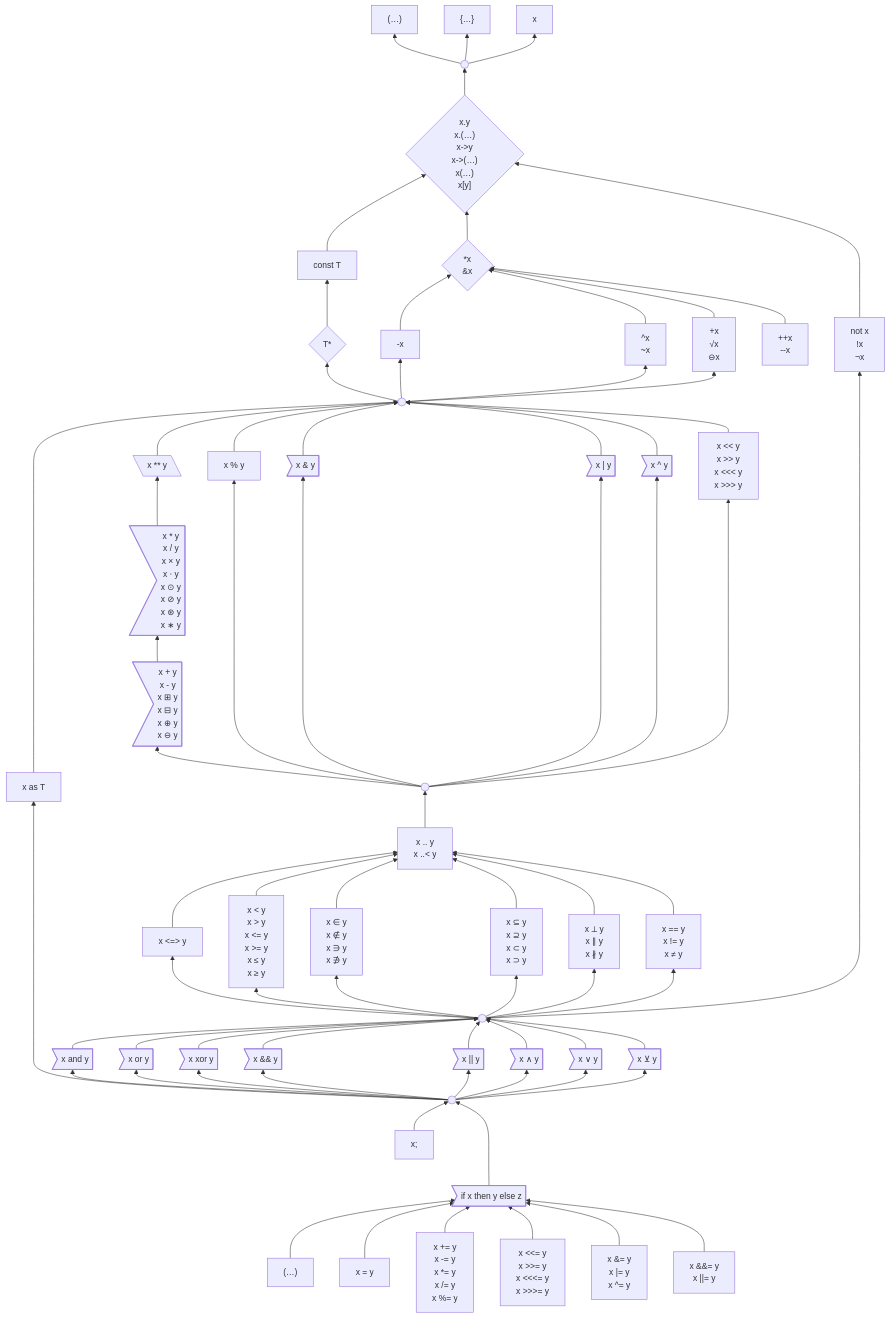
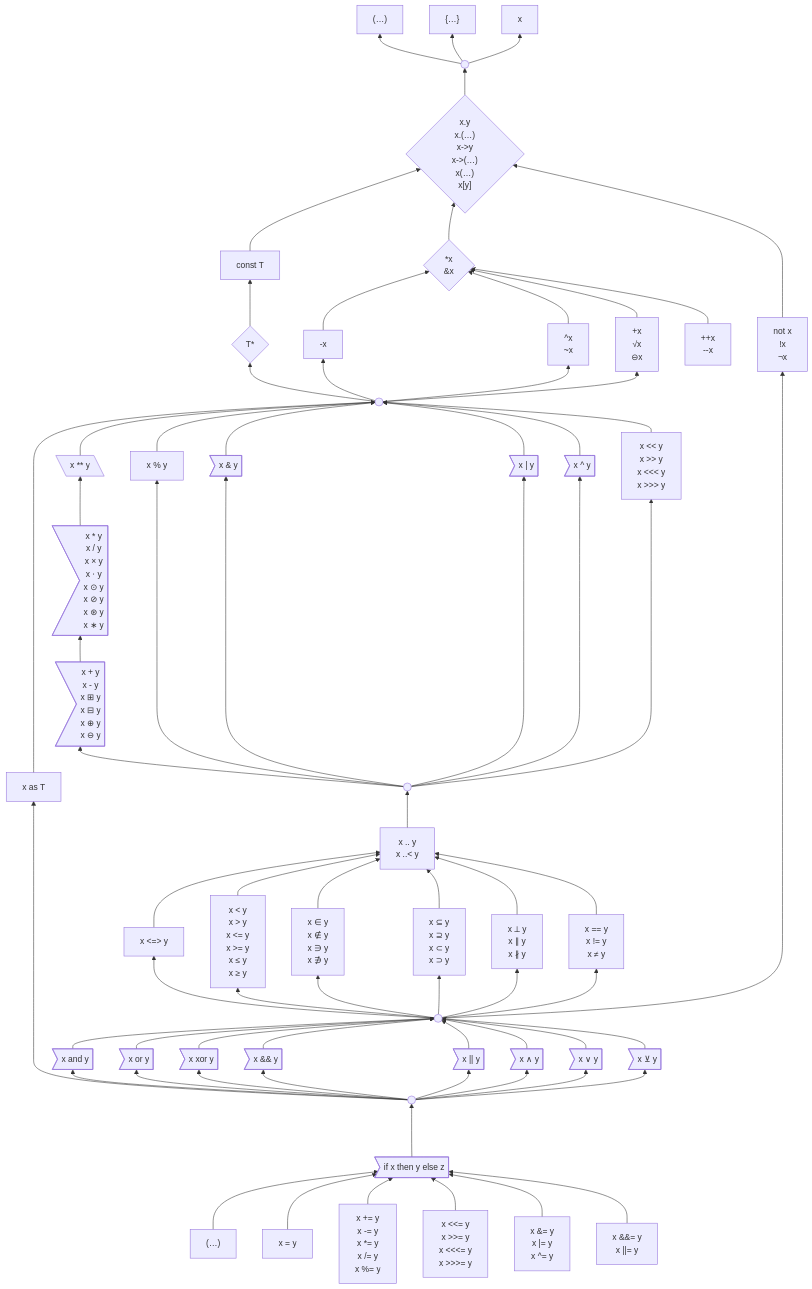
The first of 2 diagrams in 6 .../2 Unfinished Ideas.md (laro/Cilia), drawn with Mermaid before and after one commit.

Commit message:
Update 2 Unfinished Ideas.md

````diff
--- a/6 .../2 Unfinished Ideas.md
+++ b/6 .../2 Unfinished Ideas.md
@@ -304,8 +304,6 @@
     assignLogical["x &&= y
                    x ||= y"]
 
-    expressionStatement["x;"]
-
     top --> parens & braces & unqualifiedName
 
     suffixOps --> top
@@ -338,8 +336,7 @@
     logicalOperand --> threeWay & comparison & membership & subset & parallel & equality & not
 
     and & or & xor & andAmp & orAmp & andSym & orSym & xorSym --> logicalOperand
-    logicalExpression --> as & and & andAmp & andSym & xor & xorSym & or & orAmp & orSym
-    expressionStatement --> logicalExpression
+    logicalExpression --> as & and & or & xor & andAmp & orAmp & andSym & orSym & xorSym
     if ---> logicalExpression
     insideParens & assignPlain & assignArithmetic & assignShift & assignBitwise & assignLogical --> if
 ```
````
